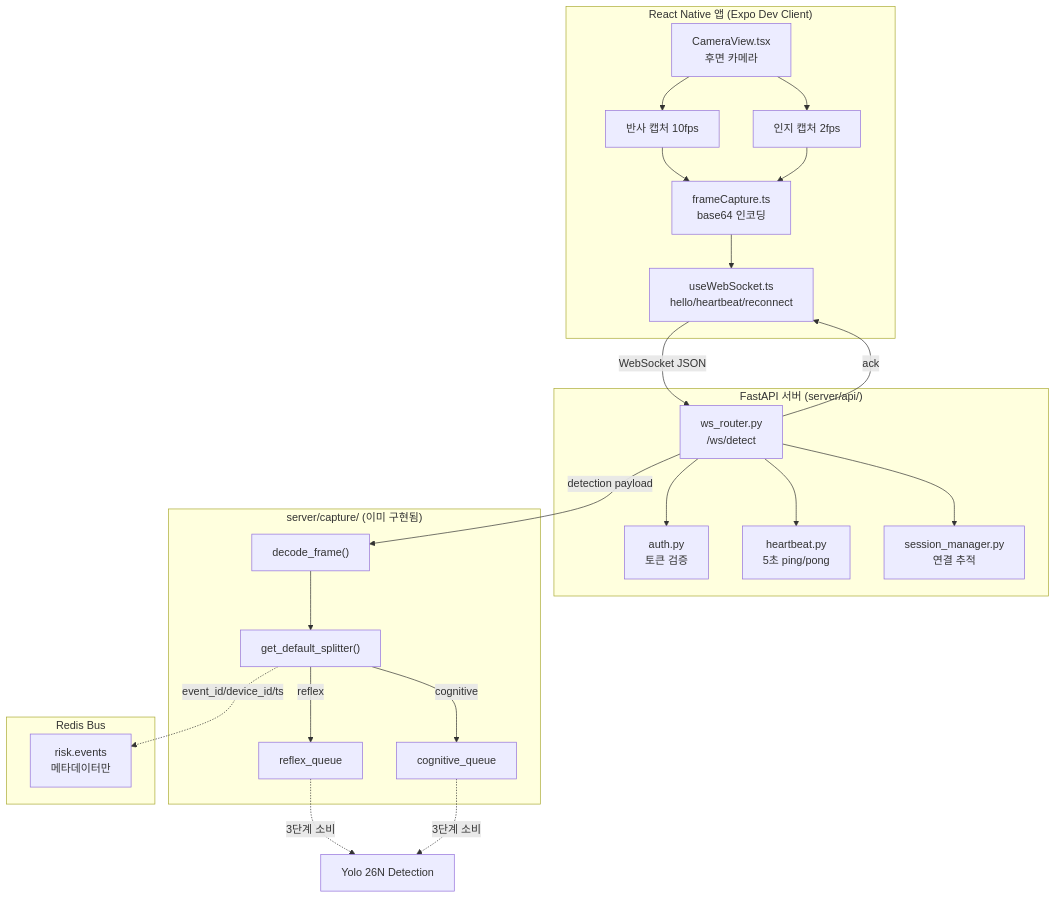
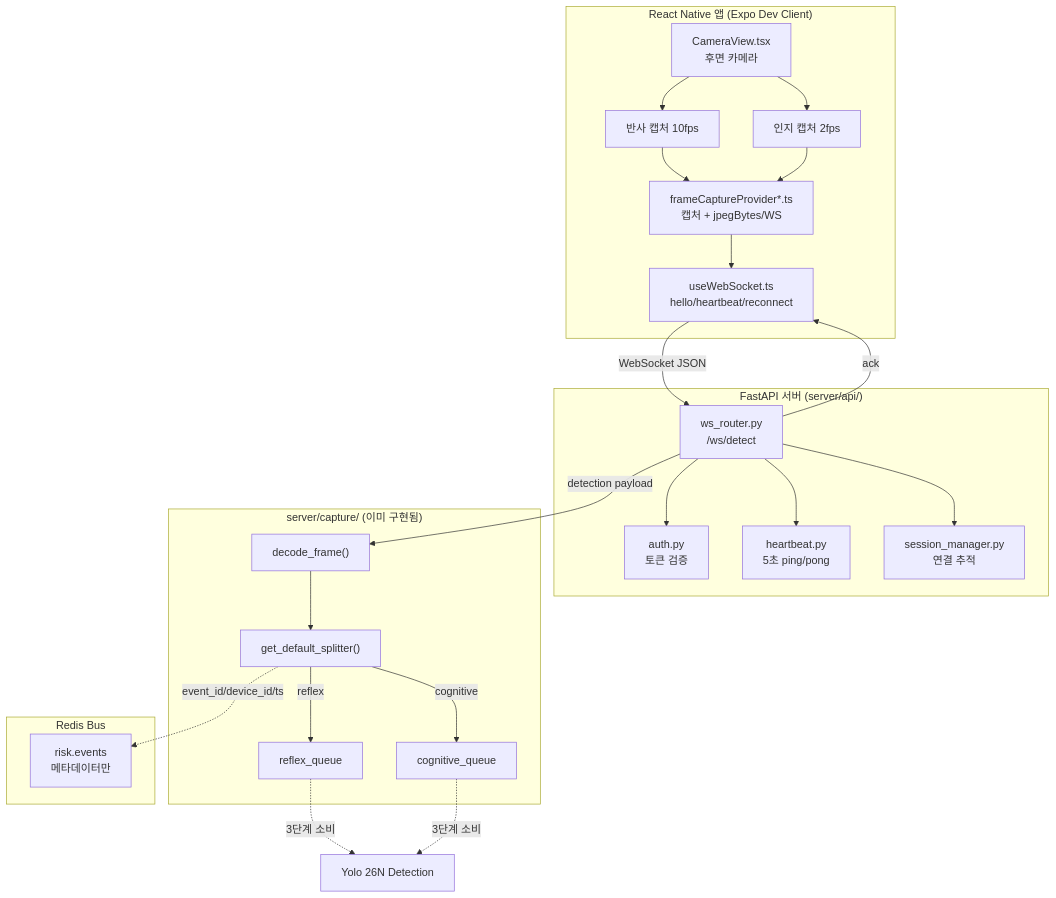
One commit to Groog-sudo/Minchodan changed the first of 5 diagrams in docs/mobile/mobile_app_implementation_plan.md. Above: the diagram before and after it, drawn with Mermaid. The commit also changed other lines of this file and 8 other files, not shown here.

First line of the commit message:
docs: frameCapture.ts 삭제에 맞춘 문서·스킬 정합성 일괄 갱신

````diff
--- a/docs/mobile/mobile_app_implementation_plan.md
+++ b/docs/mobile/mobile_app_implementation_plan.md
@@ -103,42 +103,42 @@
 ```mermaid
 graph TB
     subgraph RN ["React Native 앱 (Expo Dev Client)"]
         CH["CameraView.tsx<br/>후면 카메라"]
         RC["반사 캡처 10fps"]
         CC["인지 캡처 2fps"]
         WSH["useWebSocket.ts<br/>hello/heartbeat/reconnect"]
-        FC["frameCapture.ts<br/>base64 인코딩"]
+        FC["frameCaptureProvider*.ts<br/>캡처 + jpegBytes/WS"]
         CH --> RC
         CH --> CC
         RC --> FC
         CC --> FC
         FC --> WSH
     end
     subgraph SV ["FastAPI 서버 (server/api/)"]
         WS["ws_router.py<br/>/ws/detect"]
         AUTH["auth.py<br/>토큰 검증"]
         HB["heartbeat.py<br/>5초 ping/pong"]
         SM["session_manager.py<br/>연결 추적"]
         WS --> AUTH
         WS --> HB
         WS --> SM
     end
     subgraph CAP ["server/capture/ (이미 구현됨)"]
         DF["decode_frame()"]
         SS["get_default_splitter()"]
         RQ["reflex_queue"]
         CQ["cognitive_queue"]
         DF --> SS
         SS -->|"reflex"| RQ
         SS -->|"cognitive"| CQ
     end
     subgraph RD ["Redis Bus"]
         RE["risk.events<br/>메타데이터만"]
     end
     WSH -->|"WebSocket JSON"| WS
     WS -->|"detection payload"| DF
     SS -.->|"event_id/device_id/ts"| RE
     RQ -.->|"3단계 소비"| DET["Yolo 26N Detection"]
     CQ -.->|"3단계 소비"| DET
     WS -->|"ack"| WSH
 ```
````
